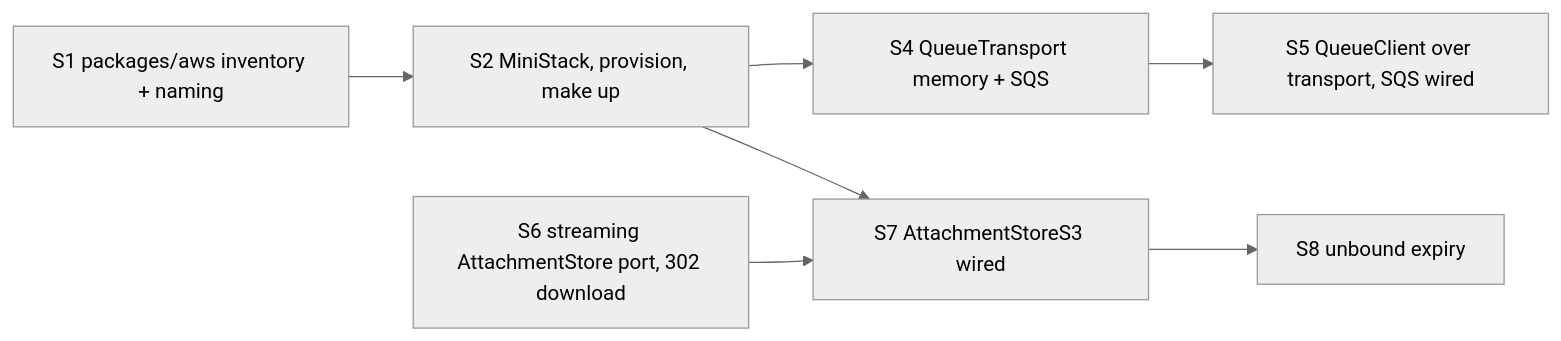
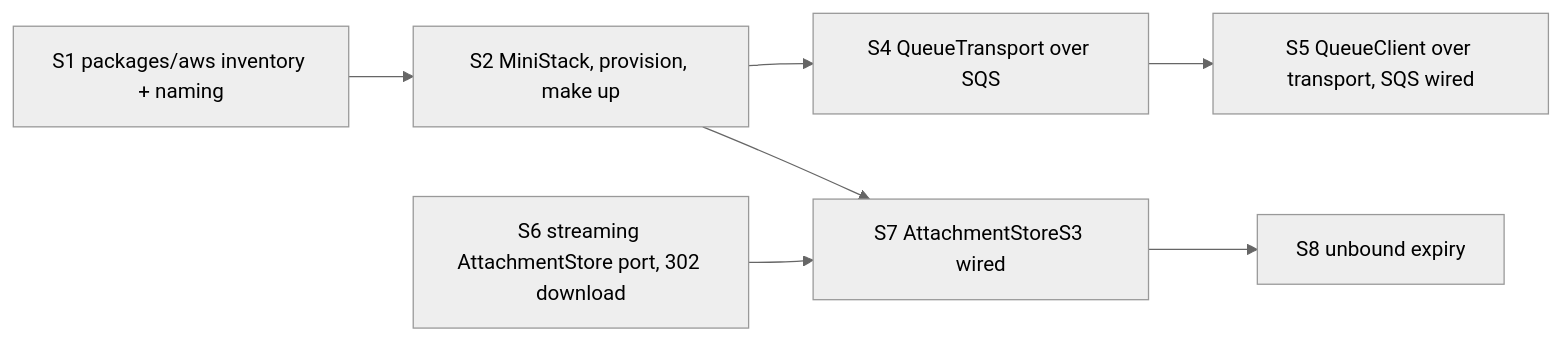
Before and after one commit to khotei/app-template: the diagram in docs/tickets/2026-10-19-1448_aws-local/plan.md, drawn with Mermaid (neutral theme). The commit also changed other lines of this file and 6 other files, not shown here.

````diff
--- a/docs/tickets/2026-10-19-1448_aws-local/plan.md
+++ b/docs/tickets/2026-10-19-1448_aws-local/plan.md
@@ -32,10 +32,10 @@
 ```mermaid
 graph LR
   S1[S1 packages/aws inventory + naming] --> S2[S2 MiniStack, provision, make up]
-  S2 --> S4[S4 QueueTransport memory + SQS]
+  S2 --> S4[S4 QueueTransport over SQS]
   S4 --> S5[S5 QueueClient over transport, SQS wired]
   S6[S6 streaming AttachmentStore port, 302 download]
   S2 --> S7[S7 AttachmentStoreS3 wired]
   S6 --> S7
   S7 --> S8[S8 unbound expiry]
 ```
````
